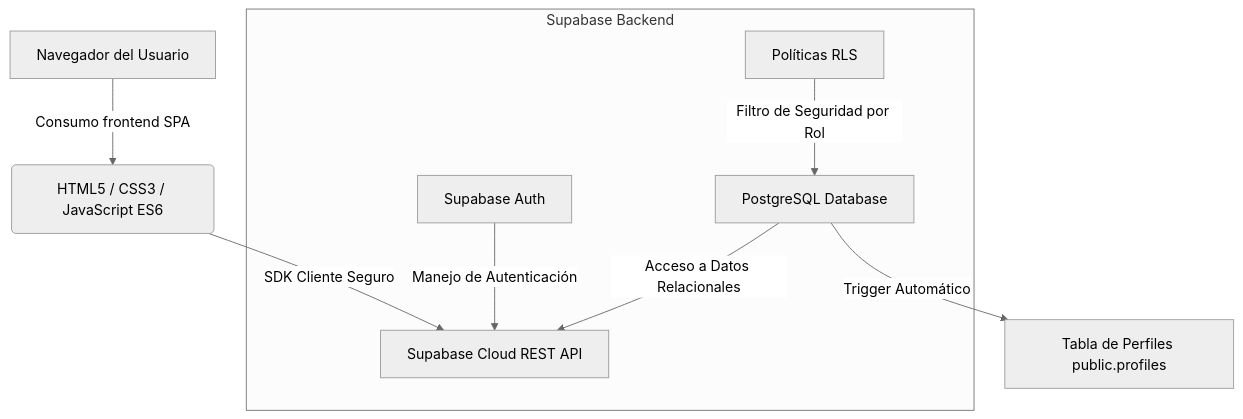
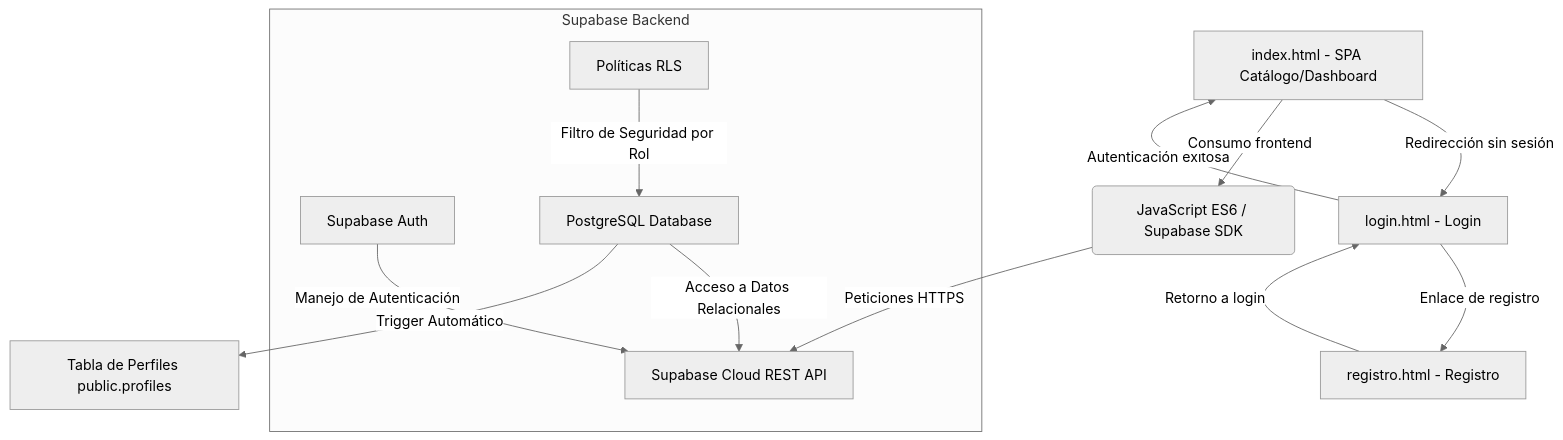
Before and after one commit to XLN-GLR/Sistema-de-Control-de-Inventario: the diagram in README.md, drawn with Mermaid (neutral theme). The commit also changed other lines of this file, not shown here.

````diff
--- a/README.md
+++ b/README.md
@@ -26,13 +26,17 @@
 ```mermaid
 graph TD
-    A[Navegador del Usuario] -->|Consumo frontend SPA| B(HTML5 / CSS3 / JavaScript ES6)
-    B -->|SDK Cliente Seguro| C[Supabase Cloud REST API]
+    A[index.html - SPA Catálogo/Dashboard] -->|Redirección sin sesión| H[login.html - Login]
+    H -->|Enlace de registro| I[registro.html - Registro]
+    I -->|Retorno a login| H
+    H -->|Autenticación exitosa| A
+    A -->|Consumo frontend| B(JavaScript ES6 / Supabase SDK)
+    B -->|Peticiones HTTPS| C[Supabase Cloud REST API]
     
     subgraph Supabase Backend
         D[Supabase Auth] -->|Manejo de Autenticación| C
         E[PostgreSQL Database] -->|Acceso a Datos Relacionales| C
         F[Políticas RLS] -->|Filtro de Seguridad por Rol| E
     end
 
     E -->|Trigger Automático| G[Tabla de Perfiles public.profiles]
 ```
````
